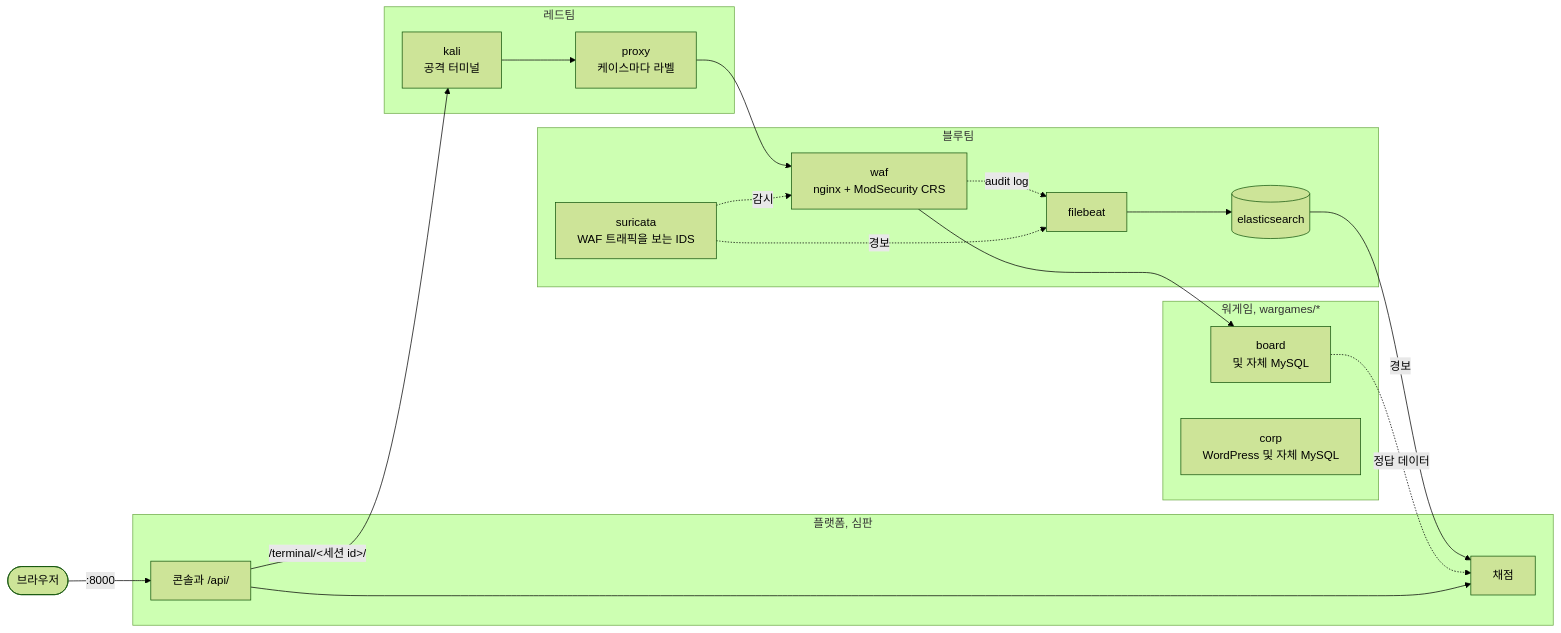
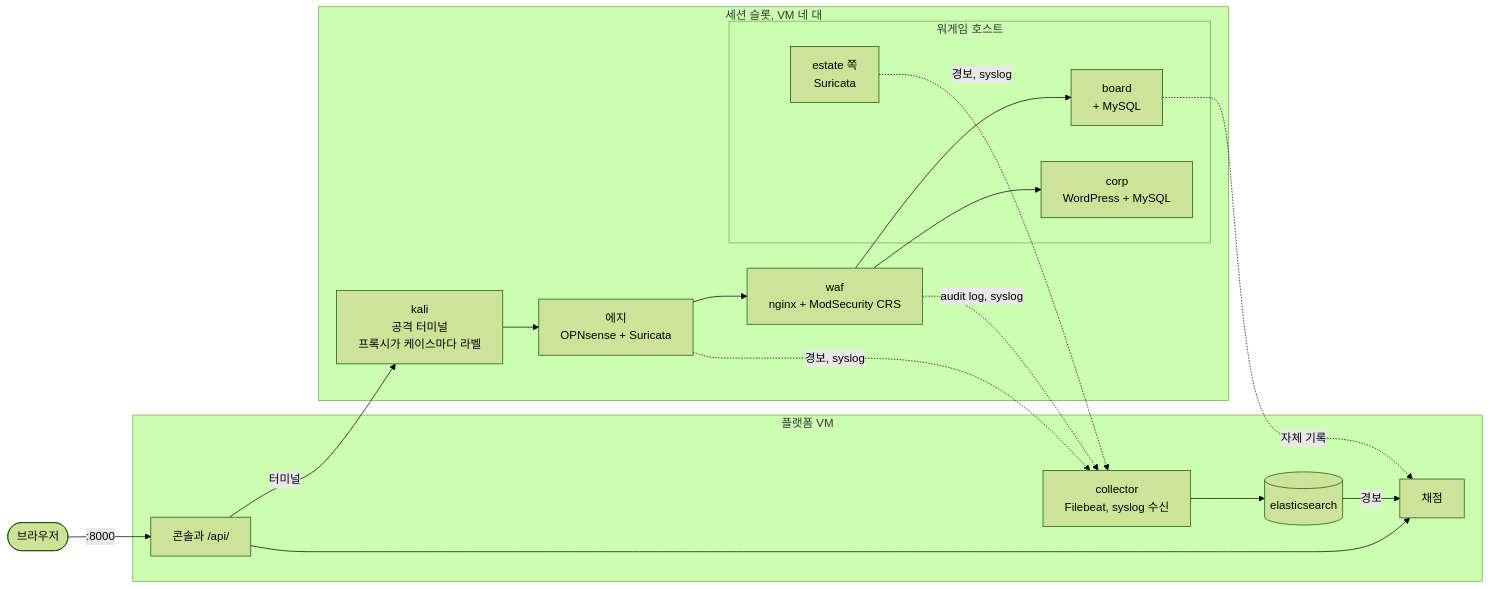
The second of 2 diagrams in README.ko.md (Nekonic/fsl-project-mvp), drawn with Mermaid (forest theme) before and after one commit. The commit also changed other lines of this file and 4 other files, not shown here.

````diff
--- a/README.ko.md
+++ b/README.ko.md
@@ -84,39 +296,36 @@
 ```mermaid
 flowchart LR
   person(["브라우저"])
 
-  subgraph red["레드팀"]
-    kali["kali<br/>공격 터미널"]
-    proxy["proxy<br/>케이스마다 라벨"]
-  end
-
-  subgraph blue["블루팀"]
-    waf["waf<br/>nginx + ModSecurity CRS"]
-    suricata["suricata<br/>WAF 트래픽을 보는 IDS"]
-    filebeat["filebeat"]
+  subgraph platformvm["플랫폼 VM"]
+    console["콘솔과 /api/"]
+    scoring["채점"]
+    collector["collector<br/>Filebeat, syslog 수신"]
     es[("elasticsearch")]
   end
 
-  subgraph wargames["워게임, wargames/*"]
-    board["board<br/>및 자체 MySQL"]
-    corp["corp<br/>WordPress 및 자체 MySQL"]
-  end
-
-  subgraph platform["플랫폼, 심판"]
-    console["콘솔과 /api/"]
-    scoring["채점"]
+  subgraph slot["세션 슬롯, VM 네 대"]
+    kali["kali<br/>공격 터미널<br/>프록시가 케이스마다 라벨"]
+    edge["에지<br/>OPNsense + Suricata"]
+    waf["waf<br/>nginx + ModSecurity CRS"]
+    subgraph host["워게임 호스트"]
+      board["board<br/>+ MySQL"]
+      corp["corp<br/>WordPress + MySQL"]
+      estate["estate 쪽<br/>Suricata"]
+    end
   end
 
   person -->|":8000"| console
-  console -->|"/terminal/<세션 id>/"| kali
-  kali --> proxy
-  proxy --> waf
+  console -->|"터미널"| kali
+  kali --> edge
+  edge --> waf
   waf --> board
-  suricata -.->|감시| waf
-  waf -.->|audit log| filebeat
-  suricata -.->|경보| filebeat
-  filebeat --> es
+  waf --> corp
+  edge -.->|"경보, syslog"| collector
+  waf -.->|"audit log, syslog"| collector
+  estate -.->|"경보, syslog"| collector
+  collector --> es
   es -->|경보| scoring
-  board -.->|정답 데이터| scoring
+  board -.->|자체 기록| scoring
   console --> scoring
 ```
````
